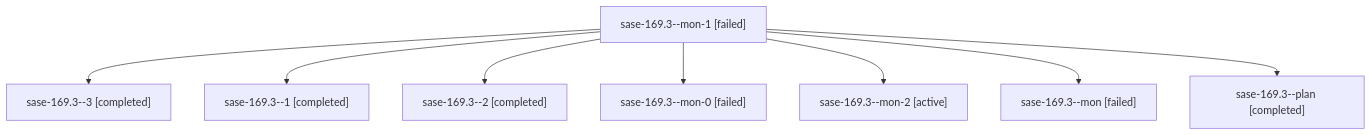
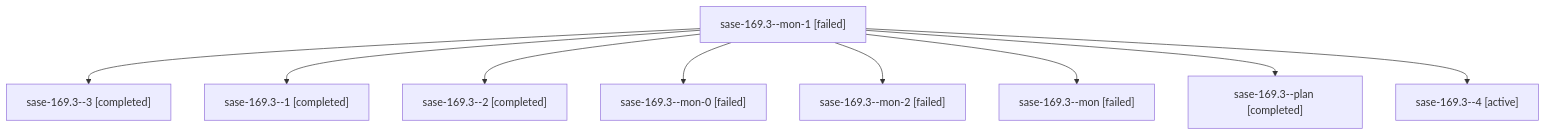
The diagram in families/bbugyi200.apollo.sase-169.3.md (sase-org/sase--agents), drawn with Mermaid before and after one commit. The commit also changed other lines of this file and 34 other files, not shown here.

````diff
--- a/families/bbugyi200.apollo.sase-169.3.md
+++ b/families/bbugyi200.apollo.sase-169.3.md
@@ -9,18 +9,20 @@
 ```mermaid
 flowchart TD
   n0["sase-169.3--mon-1 [failed]"]
   n1["sase-169.3--3 [completed]"]
   n0 --> n1
   n2["sase-169.3--1 [completed]"]
   n0 --> n2
   n3["sase-169.3--2 [completed]"]
   n0 --> n3
   n4["sase-169.3--mon-0 [failed]"]
   n0 --> n4
-  n5["sase-169.3--mon-2 [active]"]
+  n5["sase-169.3--mon-2 [failed]"]
   n0 --> n5
   n6["sase-169.3--mon [failed]"]
   n0 --> n6
   n7["sase-169.3--plan [completed]"]
   n0 --> n7
+  n8["sase-169.3--4 [active]"]
+  n0 --> n8
 ```
````
